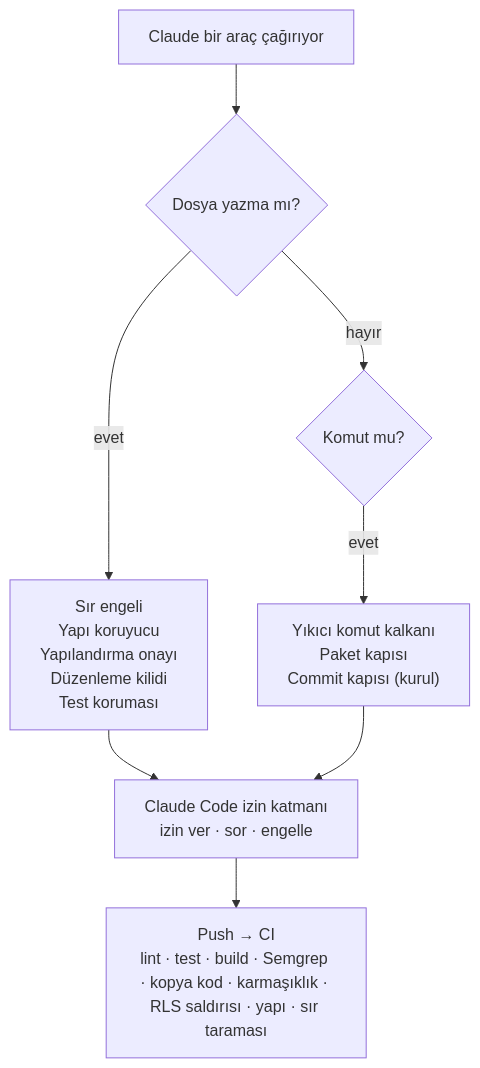
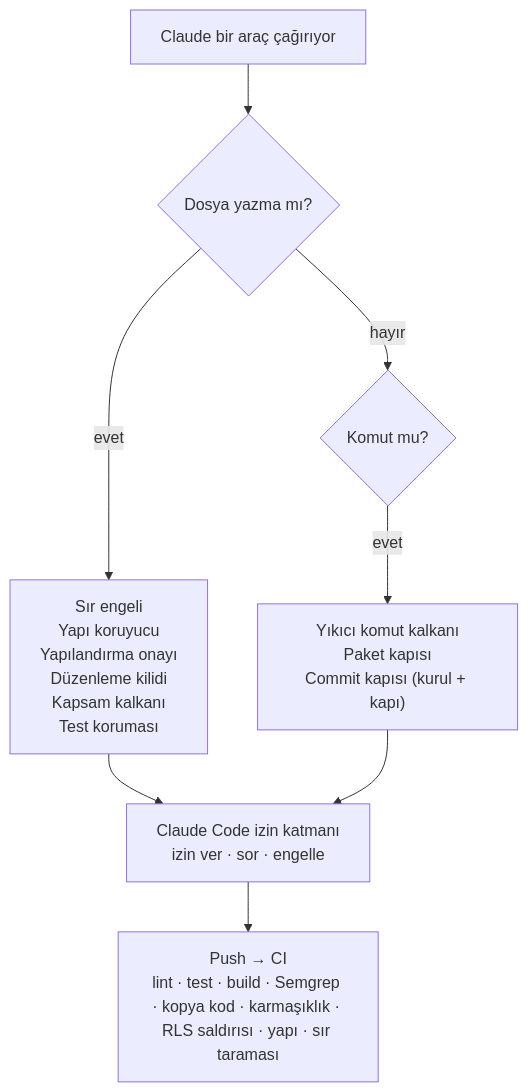
Before and after one commit to burakdogrul/TillerHand: the fifth of 5 diagrams in README.md, drawn with Mermaid. The commit also changed other lines of this file and 25 other files, not shown here.

First line of the commit message:
Kit 3.14.0: deterministik kapı ve kapsam kalkanı

````diff
--- a/README.md
+++ b/README.md
@@ -339,10 +339,10 @@
 ```mermaid
 flowchart TB
     T["Claude bir araç çağırıyor"] --> W{"Dosya yazma mı?"}
-    W -->|evet| SG["Sır engeli<br/>Yapı koruyucu<br/>Yapılandırma onayı<br/>Düzenleme kilidi<br/>Test koruması"]
+    W -->|evet| SG["Sır engeli<br/>Yapı koruyucu<br/>Yapılandırma onayı<br/>Düzenleme kilidi<br/>Kapsam kalkanı<br/>Test koruması"]
     W -->|hayır| B{"Komut mu?"}
-    B -->|evet| BG["Yıkıcı komut kalkanı<br/>Paket kapısı<br/>Commit kapısı (kurul)"]
+    B -->|evet| BG["Yıkıcı komut kalkanı<br/>Paket kapısı<br/>Commit kapısı (kurul + kapı)"]
     SG --> P["Claude Code izin katmanı<br/>izin ver · sor · engelle"]
     BG --> P
     P --> CI["Push → CI<br/>lint · test · build · Semgrep · kopya kod · karmaşıklık · RLS saldırısı · yapı · sır taraması"]
 ```
````
